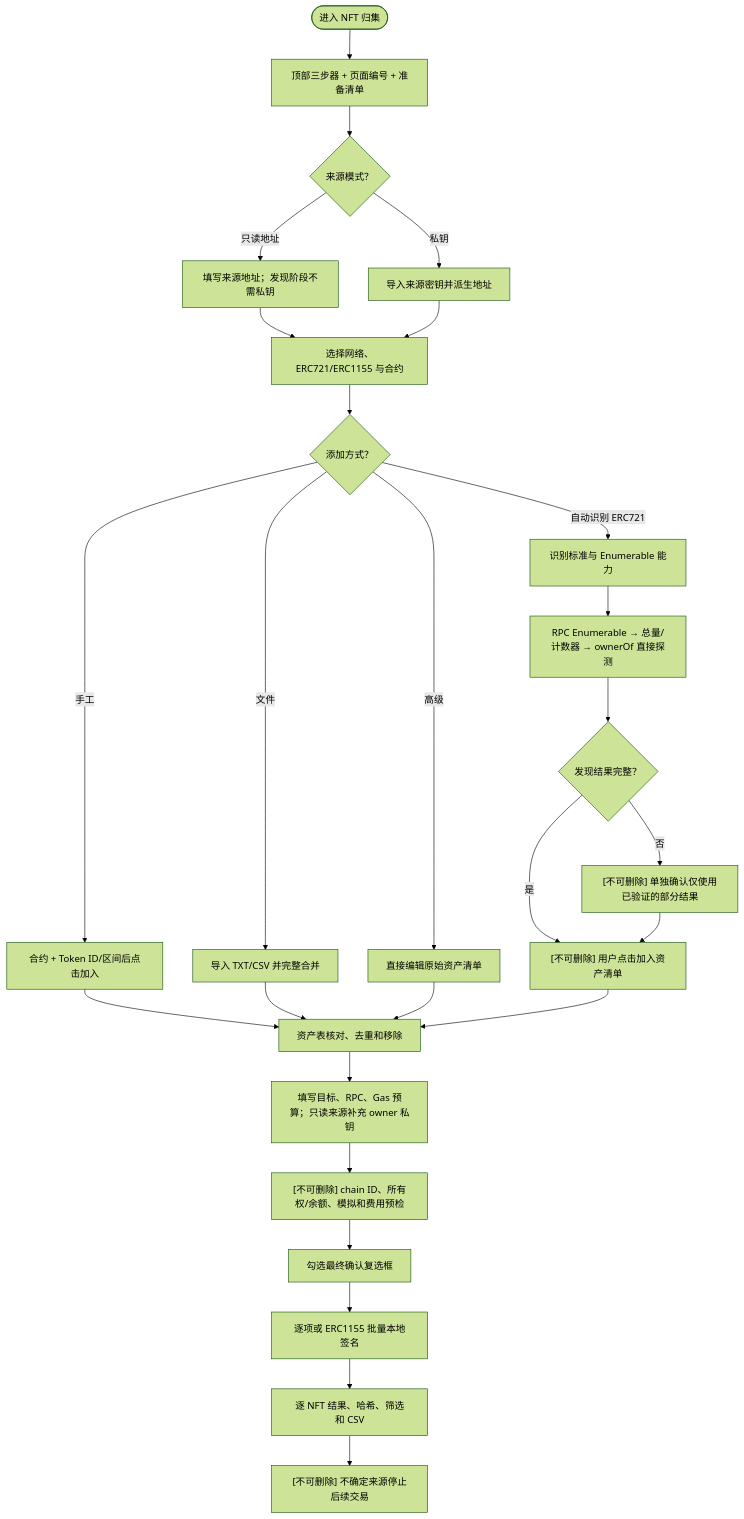
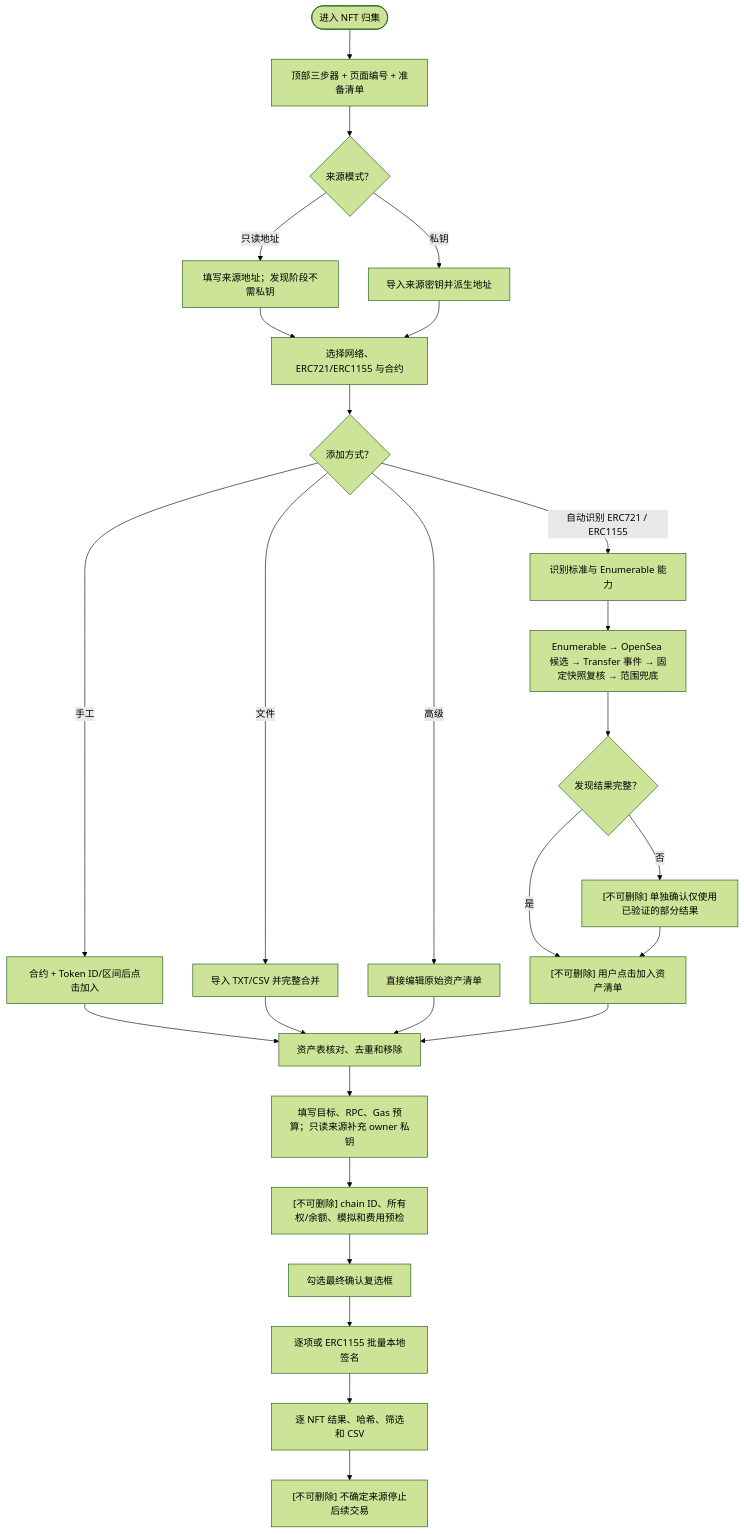
The seventh of 12 diagrams in docs/feature-flows.md (ioiv/batch_send), drawn with Mermaid (forest theme) before and after one commit. The commit also changed other lines of this file and 17 other files, not shown here.

Commit message:
feat: improve NFT discovery and task records

````diff
--- a/docs/feature-flows.md
+++ b/docs/feature-flows.md
@@ -305,29 +306,29 @@
 ```mermaid
 flowchart TD
   nft_c_start(["进入 NFT 归集"]) --> nft_c_steps["顶部三步器 + 页面编号 + 准备清单"]
   nft_c_steps --> nft_c_source{"来源模式？"}
   nft_c_source -->|只读地址| nft_c_readonly["填写来源地址；发现阶段不需私钥"]
   nft_c_source -->|私钥| nft_c_keys["导入来源密钥并派生地址"]
   nft_c_readonly --> nft_c_context["选择网络、ERC721/ERC1155 与合约"]
   nft_c_keys --> nft_c_context
   nft_c_context --> nft_c_method{"添加方式？"}
-  nft_c_method -->|自动识别 ERC721| nft_c_inspect["识别标准与 Enumerable 能力"]
-  nft_c_inspect --> nft_c_discovery["RPC Enumerable → 总量/计数器 → ownerOf 直接探测"]
+  nft_c_method -->|自动识别 ERC721 / ERC1155| nft_c_inspect["识别标准与 Enumerable 能力"]
+  nft_c_inspect --> nft_c_discovery["Enumerable → OpenSea 候选 → Transfer 事件 → 固定快照复核 → 范围兜底"]
   nft_c_discovery --> nft_c_complete{"发现结果完整？"}
   nft_c_complete -->|否| nft_c_partial["[不可删除] 单独确认仅使用已验证的部分结果"]
   nft_c_complete -->|是| nft_c_add["[不可删除] 用户点击加入资产清单"]
   nft_c_partial --> nft_c_add
   nft_c_method -->|手工| nft_c_manual["合约 + Token ID/区间后点击加入"]
   nft_c_method -->|文件| nft_c_file["导入 TXT/CSV 并完整合并"]
   nft_c_method -->|高级| nft_c_raw["直接编辑原始资产清单"]
   nft_c_manual --> nft_c_inventory["资产表核对、去重和移除"]
   nft_c_file --> nft_c_inventory
   nft_c_raw --> nft_c_inventory
   nft_c_add --> nft_c_inventory
   nft_c_inventory --> nft_c_target["填写目标、RPC、Gas 预算；只读来源补充 owner 私钥"]
   nft_c_target --> nft_c_preflight["[不可删除] chain ID、所有权/余额、模拟和费用预检"]
   nft_c_preflight --> nft_c_checkbox["勾选最终确认复选框"]
   nft_c_checkbox --> nft_c_execute["逐项或 ERC1155 批量本地签名"]
   nft_c_execute --> nft_c_results["逐 NFT 结果、哈希、筛选和 CSV"]
   nft_c_results --> nft_c_lock["[不可删除] 不确定来源停止后续交易"]
 ```
````
